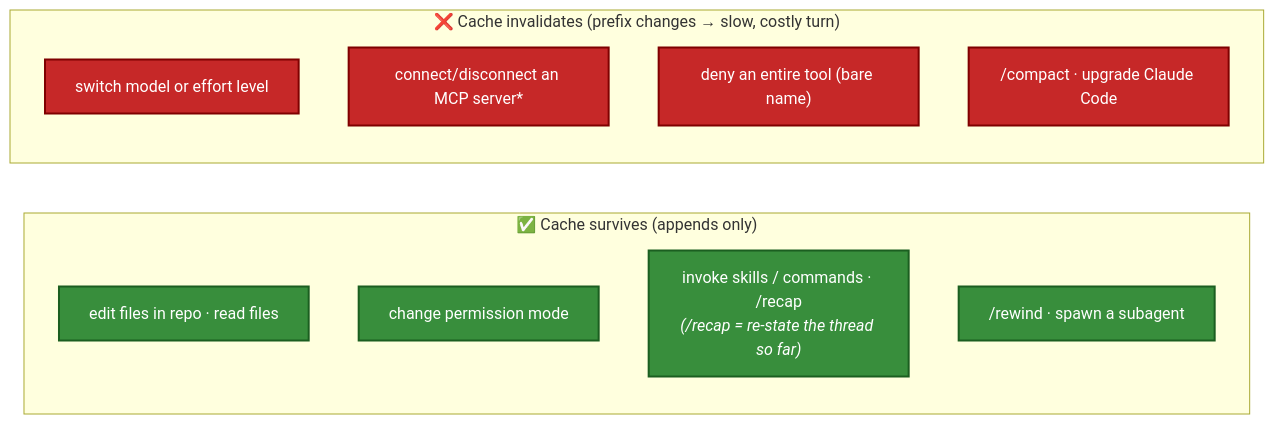
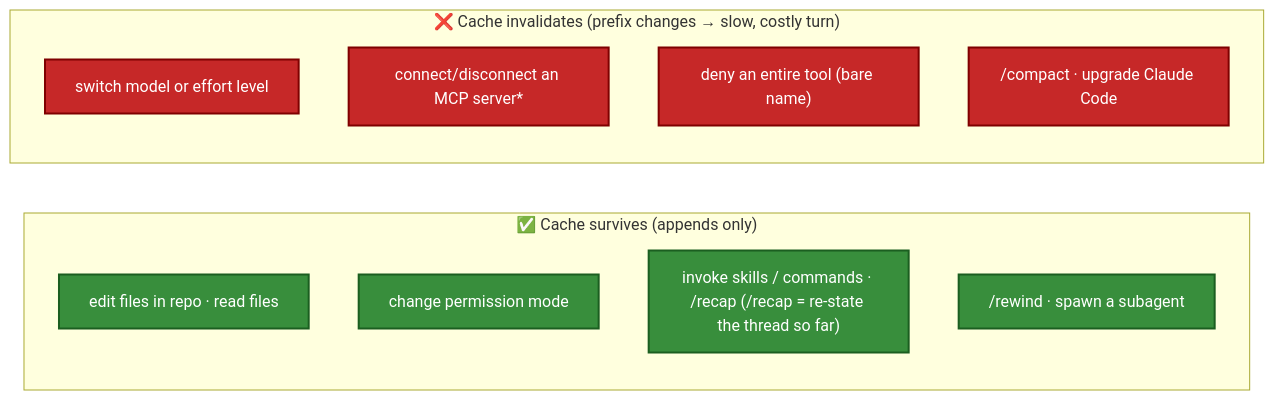
Before and after one commit to parmar-m/claude-architect-certification-prep: the fourth of 4 diagrams in CCA-F/domains/d5-context-reliability.md, drawn with Mermaid. The commit also changed other lines of this file and 25 other files, not shown here.

````diff
--- a/CCA-F/domains/d5-context-reliability.md
+++ b/CCA-F/domains/d5-context-reliability.md
@@ -184,19 +166,19 @@
 ```mermaid
 flowchart LR
     subgraph KEEPS["✅ Cache survives (appends only)"]
         K1["edit files in repo · read files"]
         K2["change permission mode"]
-        K3["invoke skills / commands · /recap<br/><i>(/recap = re-state the thread so far)</i>"]
+        K3["invoke skills / commands · /recap (/recap = re-state the thread so far)"]
         K4["/rewind · spawn a subagent"]
     end
     subgraph BREAKS["❌ Cache invalidates (prefix changes → slow, costly turn)"]
         B1["switch model or effort level"]
         B2["connect/disconnect an MCP server*"]
         B3["deny an entire tool (bare name)"]
         B4["/compact · upgrade Claude Code"]
     end
     classDef ok fill:#388E3C,color:#fff,stroke:#1B5E20,stroke-width:2px
     classDef bad fill:#C62828,color:#fff,stroke:#7f0000,stroke-width:2px
     class K1,K2,K3,K4 ok
     class B1,B2,B3,B4 bad
 ```
````
